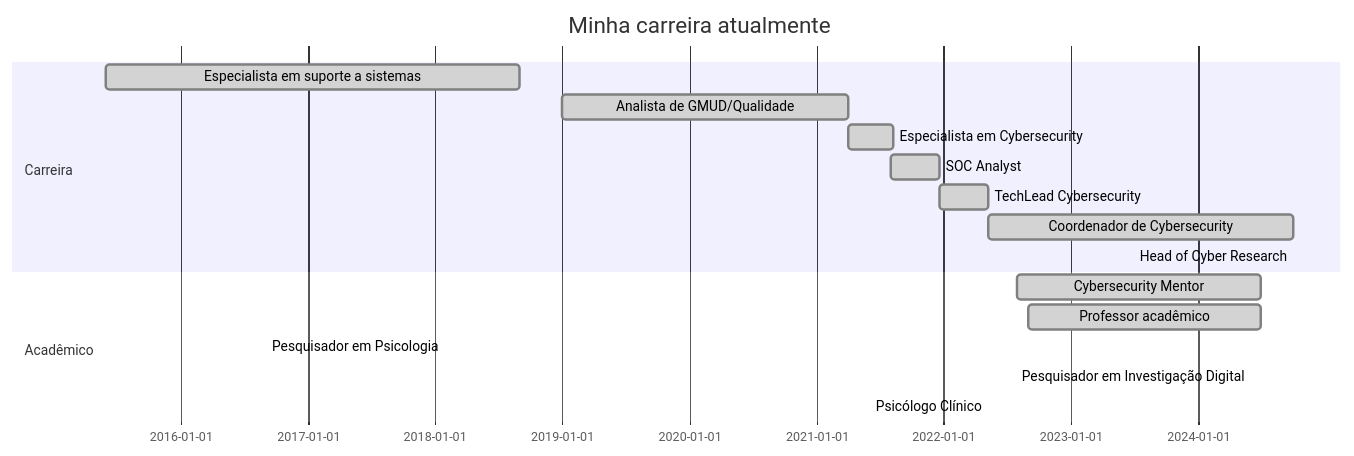
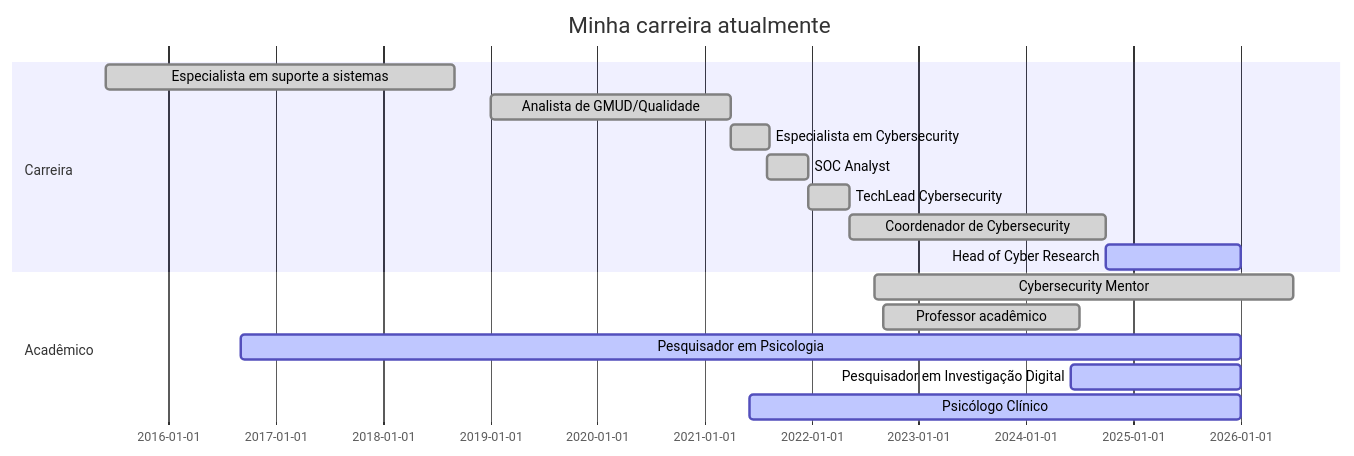
The diagram in README.md (Ridd1kulusC0d3r/Ridd1kulusC0d3r), drawn with Mermaid before and after one commit. The commit also changed other lines of this file, not shown here.

````diff
--- a/README.md
+++ b/README.md
@@ -8,22 +33,22 @@
 ```mermaid
 
 gantt
 dateFormat  YYYY-MM-DD
 title Minha carreira atualmente
 
 section Carreira
 Especialista em suporte a sistemas       :done,    2015-06-01,2018-09-01
 Analista de GMUD/Qualidade               :done,    2019-01-01,2021-04-01
 Especialista em Cybersecurity            :done,    2021-04-01,2021-08-10
 SOC Analyst                              :done,    2021-08-01,2021-12-20
 TechLead Cybersecurity                   :done,    2021-12-20,2022-05-08
 Coordenador de Cybersecurity             :done,    2022-05-08,2024-10-01
-Head of Cyber Research                   :active,  2024-10-01,
+Head of Cyber Research                   :active,  2024-10-01,2026-01-01
 
 section Acadêmico
-Cybersecurity Mentor                     :done,    2022-08-01,2024-06-30
+Cybersecurity Mentor                     :done,    2022-08-01,2026-06-30
 Professor acadêmico                      :done,    2022-09-01,2024-06-30
-Pesquisador em Psicologia                :active,  2016-09-01, 
-Pesquisador em Investigação Digital      :active,  2024-06-01, 
-Psicólogo Clínico                        :active,  2021-06-01, 
+Pesquisador em Psicologia                :active,  2016-09-01,2026-01-01
+Pesquisador em Investigação Digital      :active,  2024-06-01,2026-01-01
+Psicólogo Clínico                        :active,  2021-06-01,2026-01-01
 ```
````
